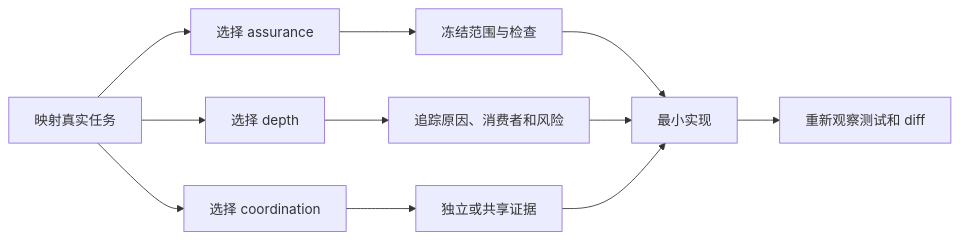
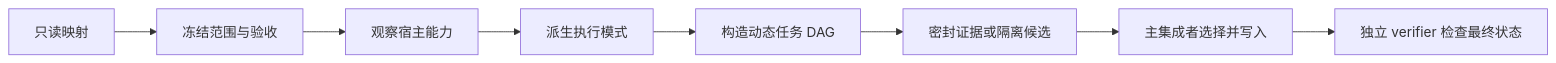
The diagram in README_CN.md (Mai-xiyu/wide-lens-engineering), drawn with Mermaid before and after one commit. The commit also changed other lines of this file and 23 other files, not shown here.

````diff
--- a/README_CN.md
+++ b/README_CN.md
@@ -145,13 +106,10 @@
 ```mermaid
 flowchart LR
-    A["映射真实任务"] --> B["选择 assurance"]
-    A --> C["选择 depth"]
-    A --> D["选择 coordination"]
-    B --> E["冻结范围与检查"]
-    C --> F["追踪原因、消费者和风险"]
-    D --> G["独立或共享证据"]
-    E --> H["最小实现"]
-    F --> H
-    G --> H
-    H --> I["重新观察测试和 diff"]
+    A["只读映射"] --> B["冻结范围与验收"]
+    B --> C["观察宿主能力"]
+    C --> D["派生执行模式"]
+    D --> E["构造动态任务 DAG"]
+    E --> F["密封证据或隔离候选"]
+    F --> G["主集成者选择并写入"]
+    G --> H["独立 verifier 检查最终状态"]
 ```
````
